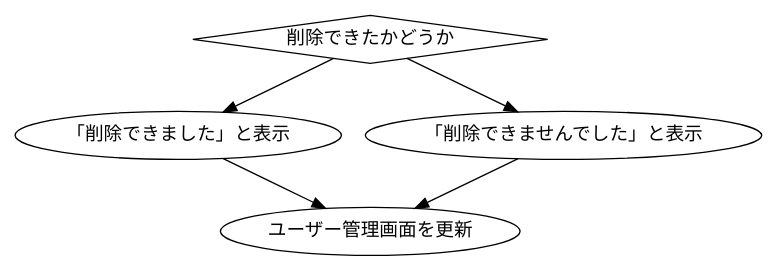
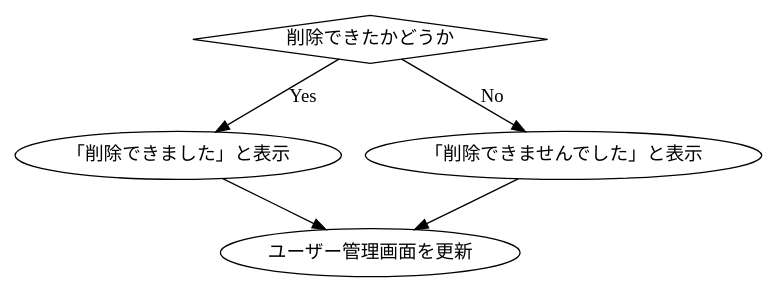
Before and after one commit to KUT-Group12/internal_design: the diagram in dot/sato/AdminUpdateUserListUI.dot, drawn with Graphviz. The commit also changed 13 other files, not shown here.

```diff
--- a/dot/sato/AdminUpdateUserListUI.dot
+++ b/dot/sato/AdminUpdateUserListUI.dot
@@ -1,13 +1,13 @@
 digraph G {
     #include "style.doth"
 
     check[label="削除できたかどうか", shape=diamond]
     yes[label="「削除できました」と表示"]
     no[label="「削除できませんでした」と表示"]
     update[label="ユーザー管理画面を更新"]
 
-    check -> yes[labe="Yes"]
-    check -> no[labe="No"]
+    check -> yes[label="Yes"]
+    check -> no[label="No"]
     yes -> update
     no -> update
 }
```
